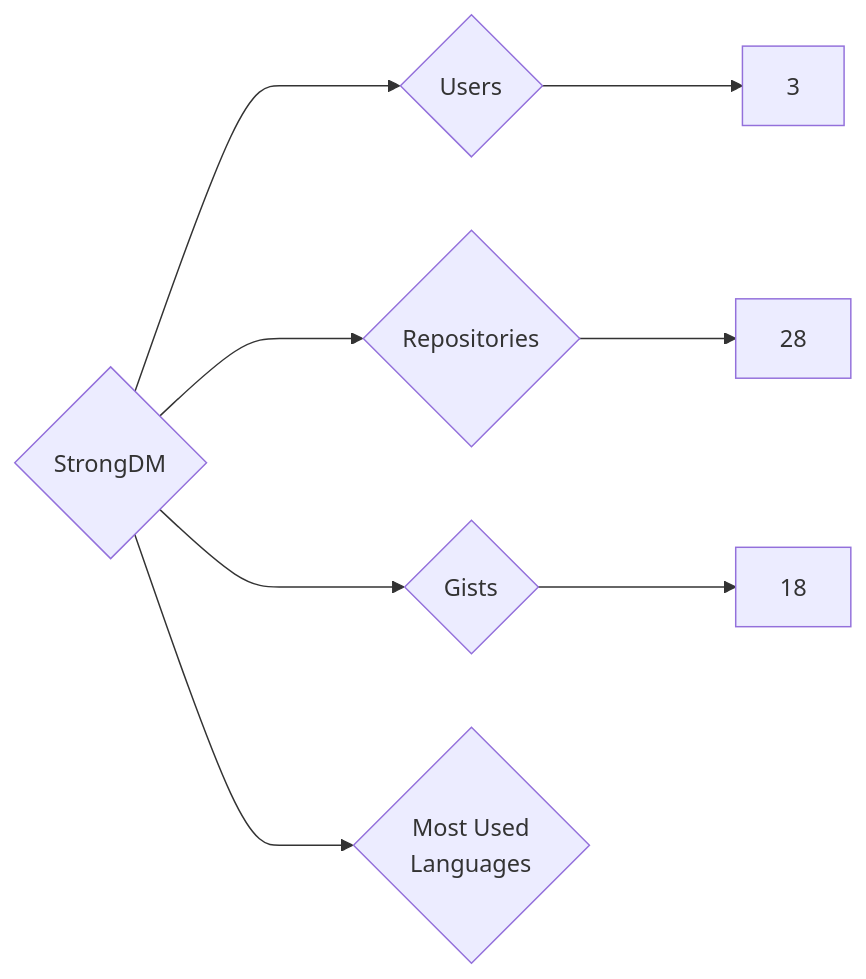
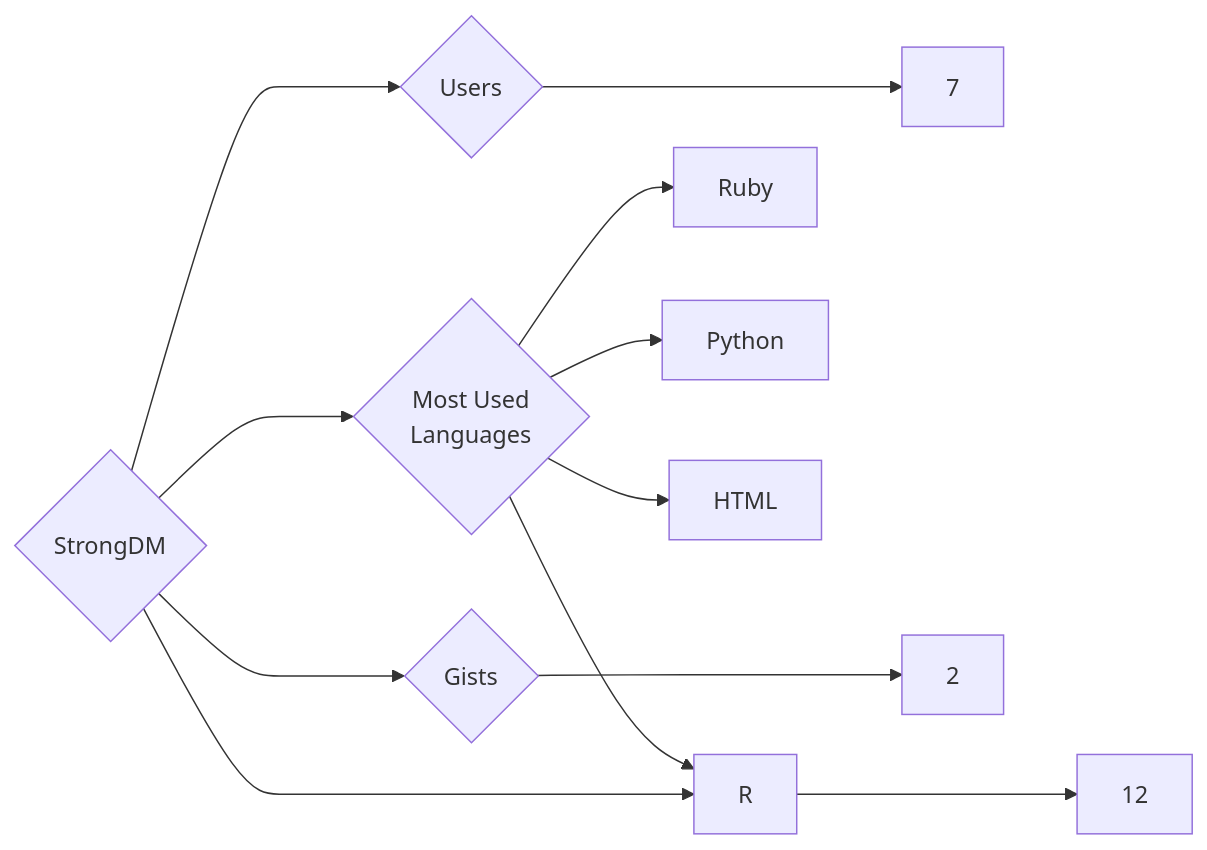
One commit to trickest/insiders changed the diagram in targets/StrongDM/README.md. Above: the diagram before and after it, drawn with Mermaid. The commit also changed 1696 other files, not shown here.

````diff
--- a/targets/StrongDM/README.md
+++ b/targets/StrongDM/README.md
@@ -3,8 +3,12 @@
 ```mermaid
 graph LR
 COMPANY_NAME{StrongDM}
-COMPANY_NAME ---> U{Users} ---> UN[3]
-COMPANY_NAME ---> R{Repositories} ---> RN[28]
-COMPANY_NAME ---> G{Gists} ---> GN[18]
+COMPANY_NAME ---> U{Users} ---> UN[7]
+COMPANY_NAME ---> R{Repositories} ---> RN[12]
+COMPANY_NAME ---> G{Gists} ---> GN[2]
 COMPANY_NAME ---> ML{Most Used<br>Languages}
+ML --> Ruby[Ruby]
+ML --> R[R]
+ML --> Python[Python]
+ML --> HTML[HTML]
 ```
````
